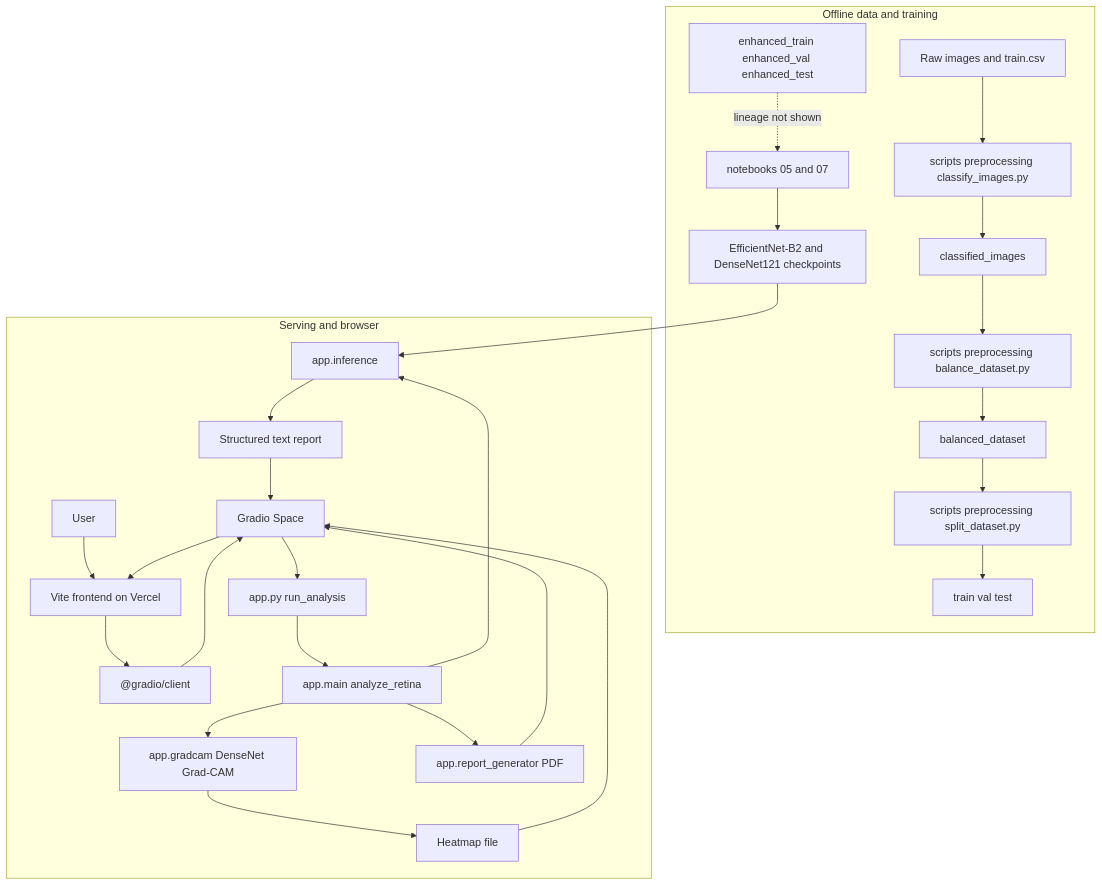
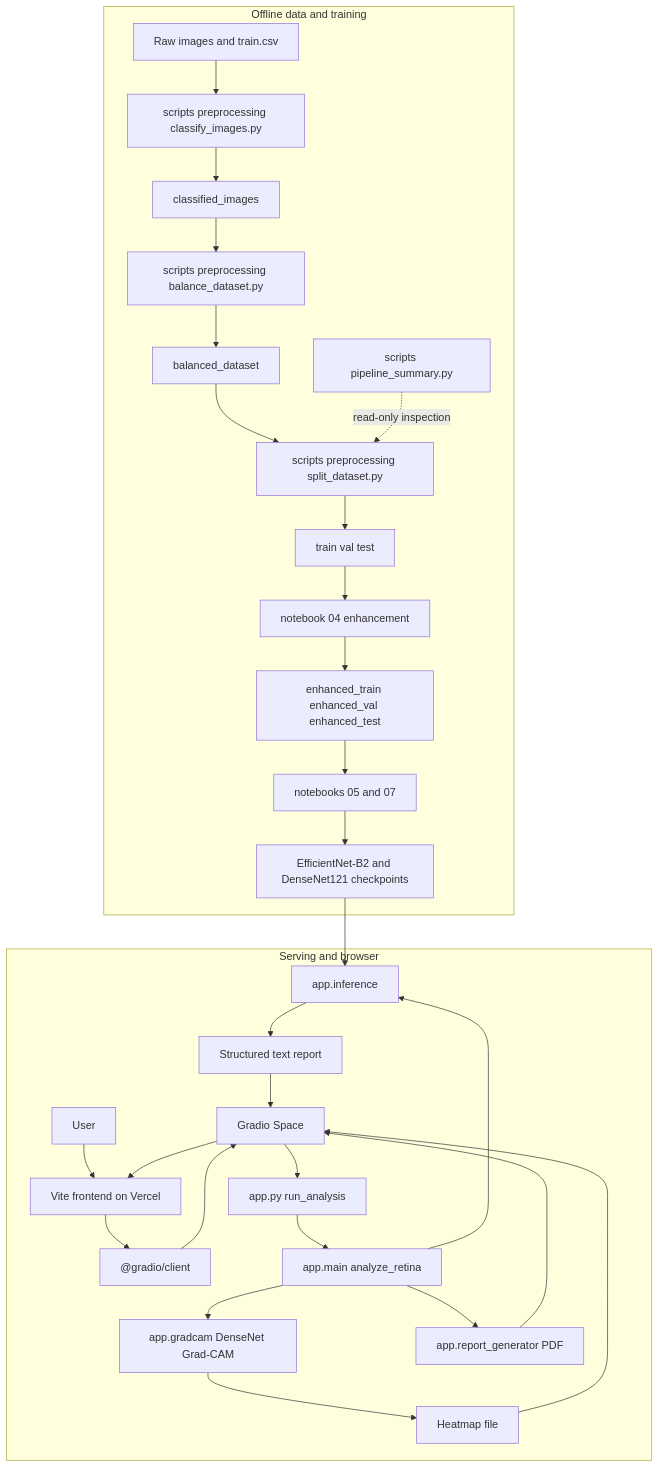
Before and after one commit to 01mayankk/retinascan-ai: the diagram in docs/ARCHITECTURE.md, drawn with Mermaid. The commit also changed other lines of this file and 8 other files, not shown here.

Commit message:
docs: update backend and onboarding guides for CLI pipeline inspection

````diff
--- a/docs/ARCHITECTURE.md
+++ b/docs/ARCHITECTURE.md
@@ -14,30 +14,33 @@
 ```mermaid
 flowchart TD
     subgraph Offline["Offline data and training"]
         RAW[Raw images and train.csv] --> CLASSIFY[scripts preprocessing classify_images.py]
         CLASSIFY --> CLASSIFIED[classified_images]
         CLASSIFIED --> BALANCE[scripts preprocessing balance_dataset.py]
         BALANCE --> BALANCED[balanced_dataset]
         BALANCED --> SPLIT[scripts preprocessing split_dataset.py]
         SPLIT --> SPLITS[train val test]
-        ENHANCED[enhanced_train enhanced_val enhanced_test] -. "lineage not shown" .-> NB[notebooks 05 and 07]
+        SPLITS --> ENHANCE[notebook 04 enhancement]
+        ENHANCE --> ENHANCED[enhanced_train enhanced_val enhanced_test]
+        ENHANCED --> NB[notebooks 05 and 07]
+        AUDIT[scripts pipeline_summary.py] -. "read-only inspection" .-> SPLIT
         NB --> WEIGHTS[EfficientNet-B2 and DenseNet121 checkpoints]
     end
     subgraph Serving["Serving and browser"]
         USER[User] --> FRONT[Vite frontend on Vercel]
         FRONT --> CLIENT["@gradio/client"]
         CLIENT --> SPACE[Gradio Space]
         SPACE --> API[app.py run_analysis]
         API --> MAIN[app.main analyze_retina]
         MAIN --> INFER[app.inference]
         WEIGHTS --> INFER
         INFER --> REPORT[Structured text report]
         MAIN --> CAM[app.gradcam DenseNet Grad-CAM]
         CAM --> HEATMAP[Heatmap file]
         MAIN --> PDF[app.report_generator PDF]
         REPORT --> SPACE
         HEATMAP --> SPACE
         PDF --> SPACE
         SPACE --> FRONT
     end
 ```
````
